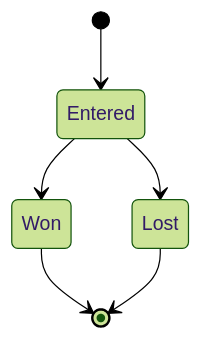
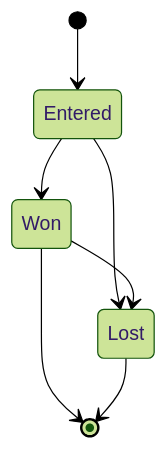
Before and after one commit to liverty-music/specification: the second of 2 diagrams in openspec/specs/components/entity/lottery-entry/spec.md, drawn with Mermaid (forest theme). The commit also changed other lines of this file and 18 other files, not shown here.

````diff
--- a/openspec/specs/components/entity/lottery-entry/spec.md
+++ b/openspec/specs/components/entity/lottery-entry/spec.md
@@ -25,8 +22,9 @@
 ```mermaid
 stateDiagram-v2
   [*] --> Entered
   Entered --> Won
   Entered --> Lost
+  Won --> Lost
   Won --> [*]
   Lost --> [*]
 ```
````
